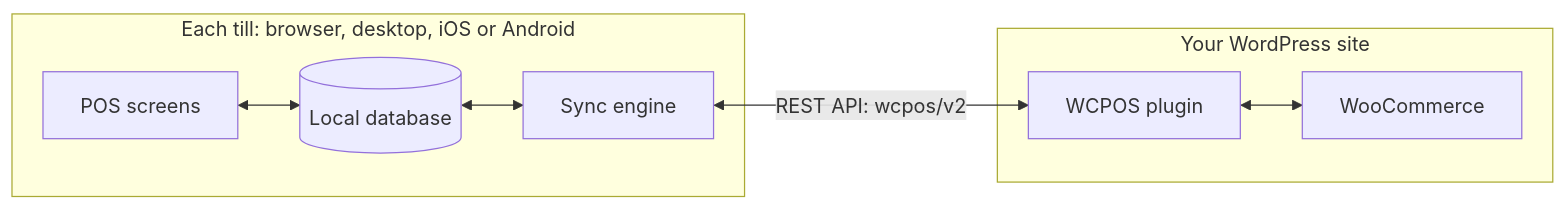
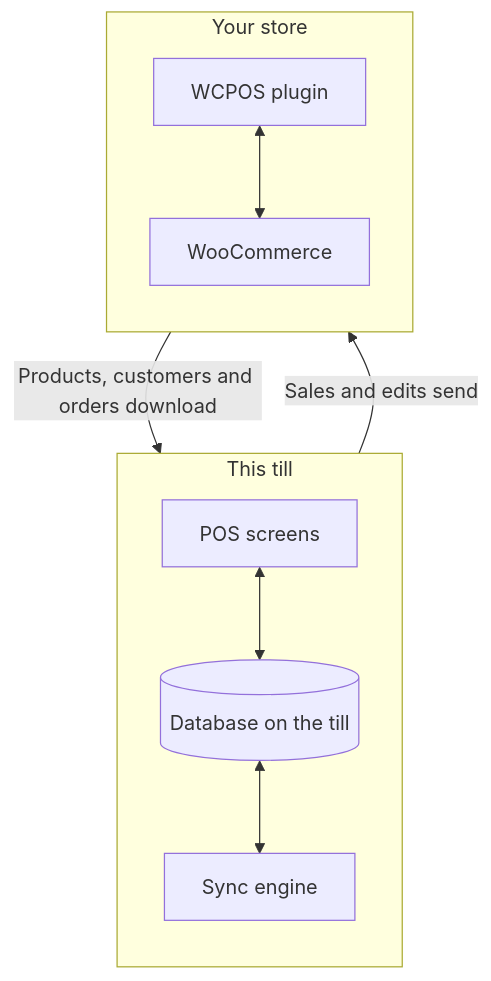
The diagram in versioned_docs/version-2.x/reference/architecture.mdx (wcpos/docs), drawn with Mermaid before and after one commit. The commit also changed other lines of this file, not shown here.

Commit message:
docs(2.x): Architecture r4: offline prerequisite beside Cash still completes, sync engine inside the till, trade-offs as pairs

````diff
--- a/versioned_docs/version-2.x/reference/architecture.mdx
+++ b/versioned_docs/version-2.x/reference/architecture.mdx
@@ -15,11 +15,14 @@
 ```mermaid
-flowchart LR
-  subgraph till["Each till: browser, desktop, iOS or Android"]
-    screens["POS screens"] <--> db[("Local database")]
+flowchart TB
+  subgraph till["This till"]
+    direction TB
+    screens["POS screens"] <--> db[("Database on the till")]
     db <--> engine["Sync engine"]
   end
-  subgraph site["Your WordPress site"]
+  subgraph site["Your store"]
+    direction TB
     plugin["WCPOS plugin"] <--> woo["WooCommerce"]
   end
-  engine <-->|"REST API: wcpos/v2"| plugin
+  engine -->|"Sales and edits send"| plugin
+  plugin -->|"Products, customers and orders download"| engine
 ```
````
